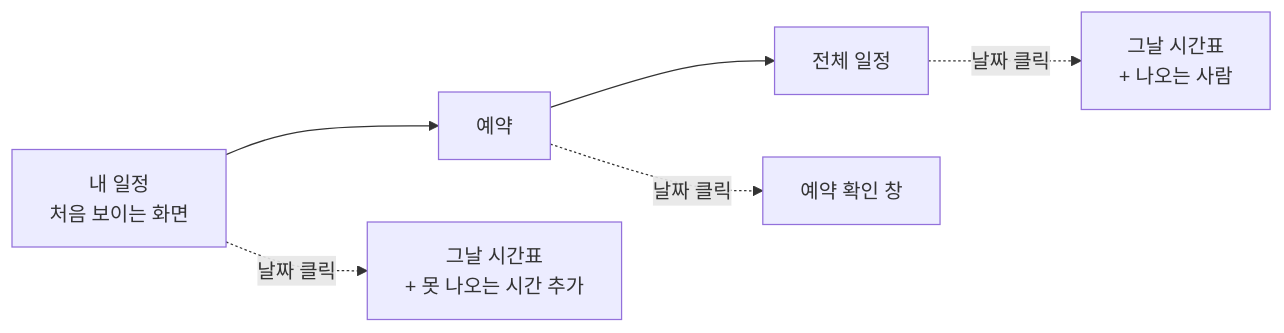
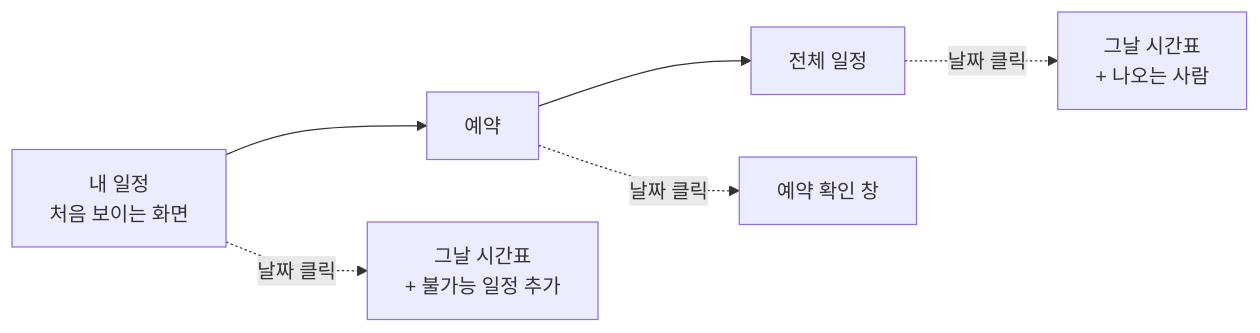
The diagram in .cluedoc/scheduler/README.md (minkong-dev/Banblit), drawn with Mermaid before and after one commit. The commit also changed other lines of this file and 188 other files, not shown here.

````diff
--- a/.cluedoc/scheduler/README.md
+++ b/.cluedoc/scheduler/README.md
@@ -115,8 +115,8 @@
 ```mermaid
 flowchart LR
     A[내 일정<br/>처음 보이는 화면] --> B[예약]
     B --> C[전체 일정]
-    A -.날짜 클릭.-> M1[그날 시간표<br/>+ 못 나오는 시간 추가]
+    A -.날짜 클릭.-> M1[그날 시간표<br/>+ 불가능 일정 추가]
     B -.날짜 클릭.-> M2[예약 확인 창]
     C -.날짜 클릭.-> M3[그날 시간표<br/>+ 나오는 사람]
 ```
````
